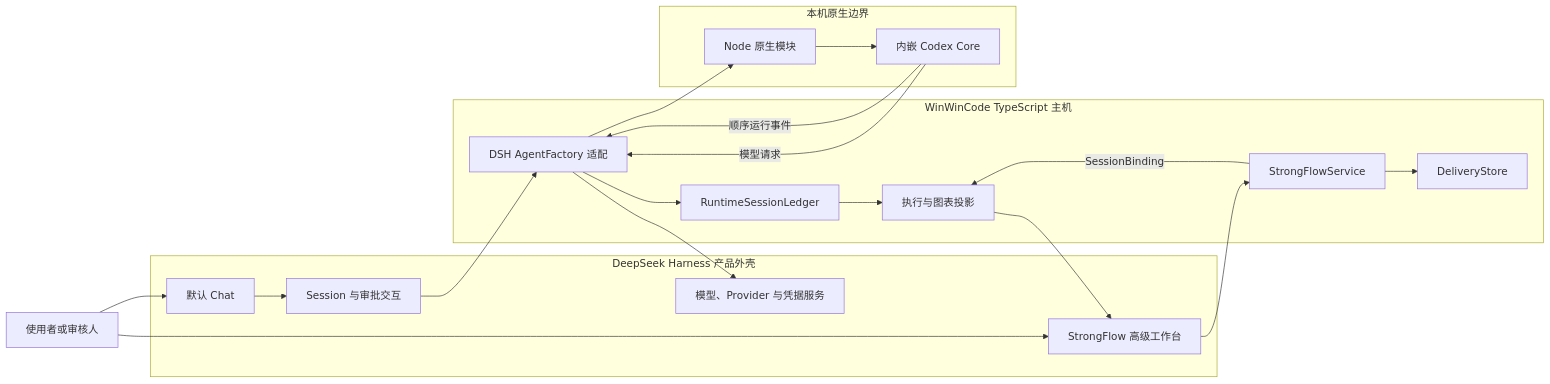
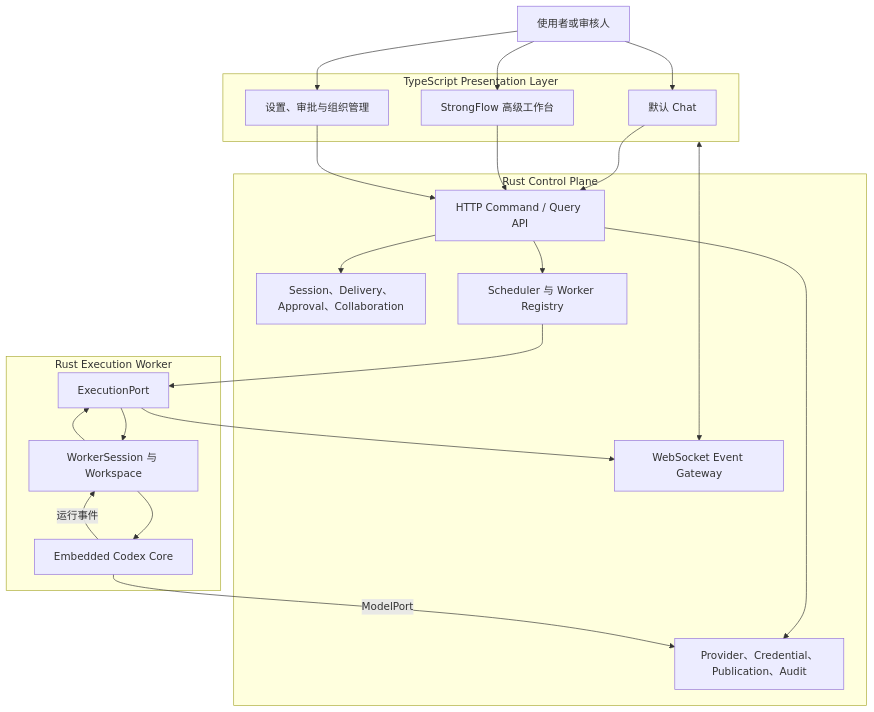
The first of 2 diagrams in docs/architecture.md (changw98ic/winwincode), drawn with Mermaid before and after one commit. The commit also changed other lines of this file and 8 other files, not shown here.

Commit message:
docs: freeze control plane worker migration baseline

````diff
--- a/docs/architecture.md
+++ b/docs/architecture.md
@@ -28,36 +33,33 @@
 ```mermaid
-flowchart LR
+flowchart TB
   Human[使用者或审核人]
 
-  subgraph DSH[DeepSeek Harness 产品外壳]
+  subgraph Web[TypeScript Presentation Layer]
     Chat[默认 Chat]
     Workbench[StrongFlow 高级工作台]
-    Sessions[Session 与审批交互]
-    LLM[模型、Provider 与凭据服务]
+    Admin[设置、审批与组织管理]
   end
 
-  subgraph Host[WinWinCode TypeScript 主机]
-    Factory[DSH AgentFactory 适配]
-    Service[StrongFlowService]
-    Store[DeliveryStore]
-    Ledger[RuntimeSessionLedger]
-    Projection[执行与图表投影]
+  subgraph ControlPlane[Rust Control Plane]
+    API[HTTP Command / Query API]
+    Realtime[WebSocket Event Gateway]
+    Product[Session、Delivery、Approval、Collaboration]
+    Gateway[Provider、Credential、Publication、Audit]
+    Scheduler[Scheduler 与 Worker Registry]
   end
 
-  subgraph Native[本机原生边界]
-    NAPI[Node 原生模块]
-    Kernel[内嵌 Codex Core]
+  subgraph Worker[Rust Execution Worker]
+    Port[ExecutionPort]
+    Runtime[WorkerSession 与 Workspace]
+    Kernel[Embedded Codex Core]
   end
 
-  Human --> Chat
-  Human --> Workbench
-  Chat --> Sessions
-  Workbench --> Service
-  Sessions --> Factory
-  Factory --> NAPI --> Kernel
-  Kernel -->|模型请求| Factory --> LLM
-  Kernel -->|顺序运行事件| Factory --> Ledger
-  Ledger --> Projection --> Workbench
-  Service --> Store
-  Service -->|SessionBinding| Projection
+  Human --> Chat & Workbench & Admin
+  Chat & Workbench & Admin --> API
+  Web <--> Realtime
+  API --> Product & Gateway & Scheduler
+  Scheduler --> Port
+  Port --> Runtime --> Kernel
+  Kernel -->|ModelPort| Gateway
+  Kernel -->|运行事件| Runtime --> Port --> Realtime
 ```
````
